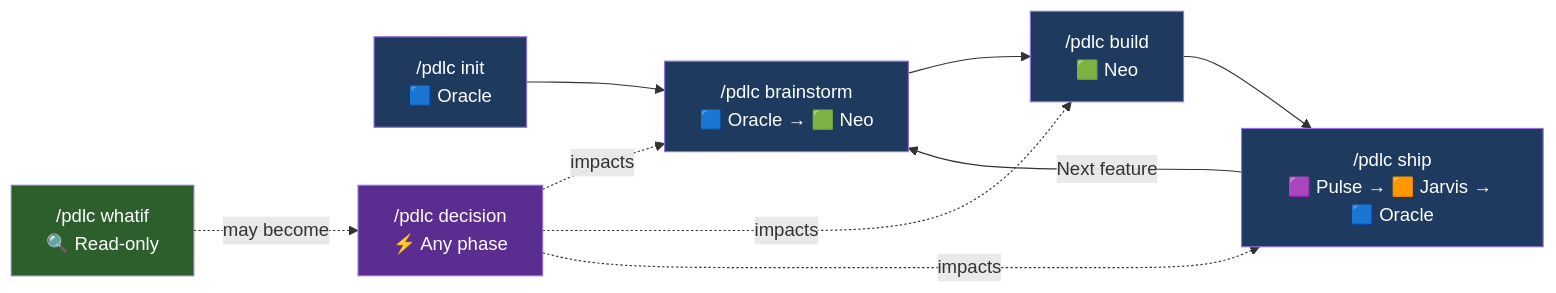
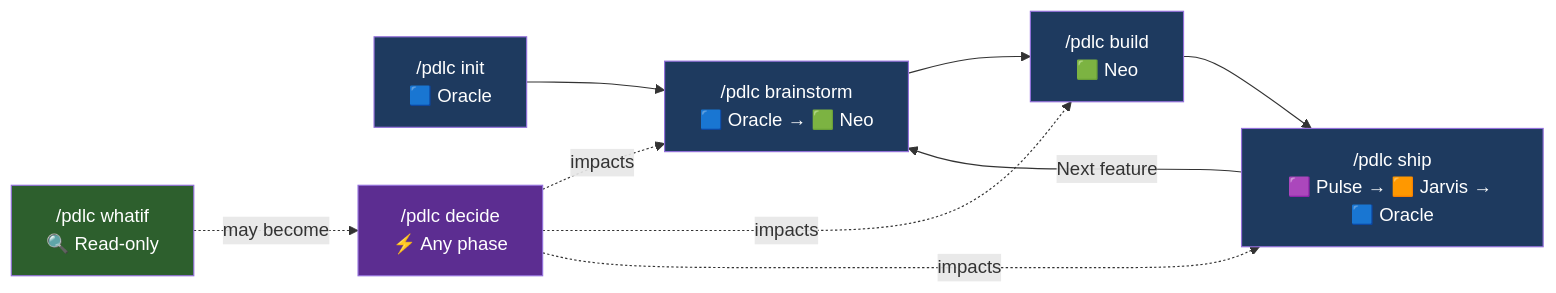
One commit to pdlc-os/pdlc changed the first of 2 diagrams in docs/wiki/01-pdlc-flow.md. Above: the diagram before and after it, drawn with Mermaid. The commit also changed 51 other files, not shown here.

````diff
--- a/docs/wiki/01-pdlc-flow.md
+++ b/docs/wiki/01-pdlc-flow.md
@@ -5,17 +5,17 @@
 ```mermaid
 flowchart LR
     INIT["/pdlc init\n🟦 Oracle"] --> BRAINSTORM["/pdlc brainstorm\n🟦 Oracle → 🟩 Neo"]
     BRAINSTORM --> BUILD["/pdlc build\n🟩 Neo"]
     BUILD --> SHIP["/pdlc ship\n🟪 Pulse → 🟧 Jarvis → 🟦 Oracle"]
     SHIP -->|Next feature| BRAINSTORM
 
-    DECISION["/pdlc decision\n⚡ Any phase"] -.->|impacts| BRAINSTORM & BUILD & SHIP
+    DECISION["/pdlc decide\n⚡ Any phase"] -.->|impacts| BRAINSTORM & BUILD & SHIP
     WHATIF["/pdlc whatif\n🔍 Read-only"] -.->|may become| DECISION
 
     style INIT fill:#1e3a5f,color:#fff
     style BRAINSTORM fill:#1e3a5f,color:#fff
     style BUILD fill:#1e3a5f,color:#fff
     style SHIP fill:#1e3a5f,color:#fff
     style DECISION fill:#5c2d91,color:#fff
     style WHATIF fill:#2d5f2d,color:#fff
 ```
````
